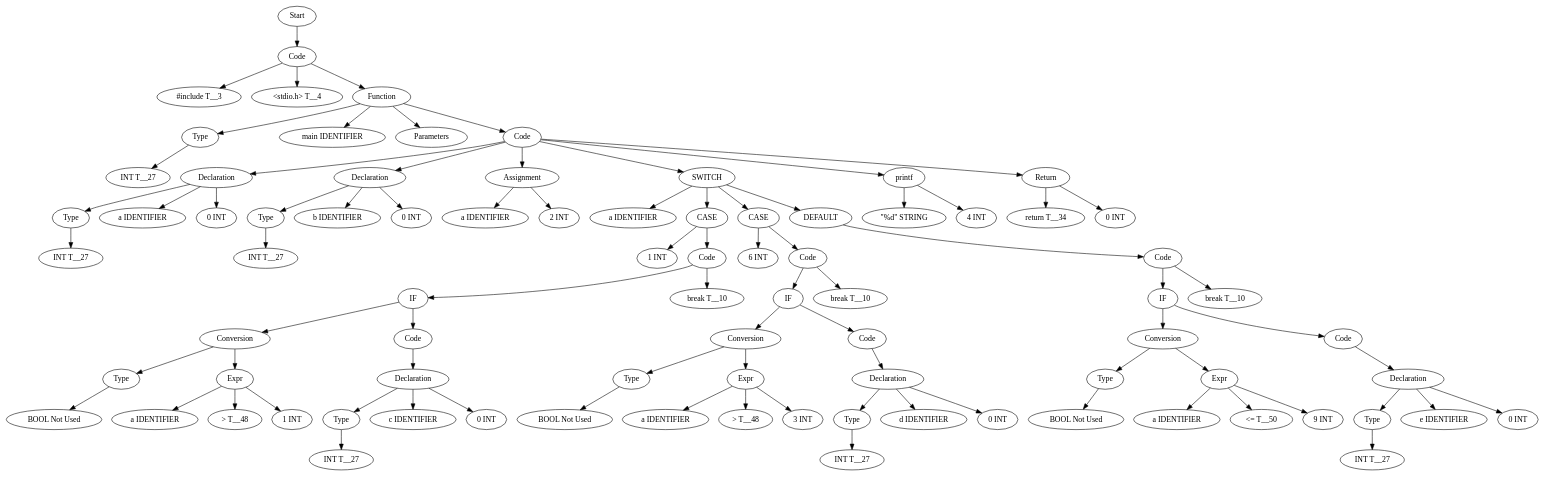
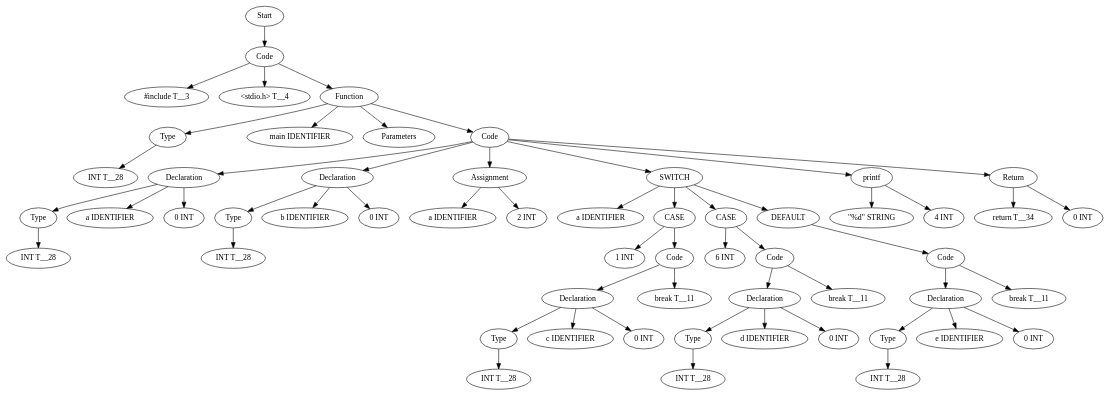
One commit to Are-you-listening/Compilers changed the diagram in TestCases/ASTTests/SwitchTests/createTests/read_file_before.dot. Above: the diagram before and after it, drawn with Graphviz. The commit also changed 340 other files, not shown here.

```diff
--- a/TestCases/ASTTests/SwitchTests/createTests/read_file_before.dot
+++ b/TestCases/ASTTests/SwitchTests/createTests/read_file_before.dot
@@ -1,169 +1,115 @@
 digraph AST {
-  "138215739820928" [label="Start"];
-  "138215739820928" -> "138215739824576";
-  "138215739824576" [label="Code"];
-  "138215739824576" -> "138215739830528";
-  "138215739824576" -> "138215739831632";
-  "138215739824576" -> "138215739830912";
-  "138215739830528" [label="#include T__3"];
-  "138215739831632" [label="<stdio.h> T__4"];
-  "138215739830912" [label="Function"];
-  "138215739830912" -> "138215739823520";
-  "138215739830912" -> "138215739829328";
-  "138215739830912" -> "138215739818816";
-  "138215739830912" -> "138215739834128";
-  "138215739823520" [label="Type"];
-  "138215739823520" -> "138215739831728";
-  "138215739831728" [label="INT T__27"];
-  "138215739829328" [label="main IDENTIFIER"];
-  "138215739818816" [label="Parameters"];
-  "138215739834128" [label="Code"];
-  "138215739834128" -> "138215739833168";
-  "138215739834128" -> "138215739833504";
-  "138215739834128" -> "138215739830144";
-  "138215739834128" -> "138215739826112";
-  "138215739834128" -> "138215739984768";
-  "138215739834128" -> "138215739983952";
-  "138215739833168" [label="Declaration"];
-  "138215739833168" -> "138215739830768";
-  "138215739833168" -> "138215739831776";
-  "138215739833168" -> "138215739832304";
-  "138215739830768" [label="Type"];
-  "138215739830768" -> "138215739830000";
-  "138215739830000" [label="INT T__27"];
-  "138215739831776" [label="a IDENTIFIER"];
-  "138215739832304" [label="0 INT"];
-  "138215739833504" [label="Declaration"];
-  "138215739833504" -> "138215739831584";
-  "138215739833504" -> "138215739833408";
-  "138215739833504" -> "138215739824672";
-  "138215739831584" [label="Type"];
-  "138215739831584" -> "138215739819056";
-  "138215739819056" [label="INT T__27"];
-  "138215739833408" [label="b IDENTIFIER"];
-  "138215739824672" [label="0 INT"];
-  "138215739830144" [label="Assignment"];
-  "138215739830144" -> "138215739832400";
-  "138215739830144" -> "138215739833792";
-  "138215739832400" [label="a IDENTIFIER"];
-  "138215739833792" [label="2 INT"];
-  "138215739826112" [label="SWITCH"];
-  "138215739826112" -> "138215739834032";
-  "138215739826112" -> "138215739830960";
-  "138215739826112" -> "138215739823808";
-  "138215739826112" -> "138215739986928";
-  "138215739834032" [label="a IDENTIFIER"];
-  "138215739830960" [label="CASE"];
-  "138215739830960" -> "138215739824192";
-  "138215739830960" -> "138215739988320";
-  "138215739824192" [label="1 INT"];
-  "138215739988320" [label="Code"];
-  "138215739988320" -> "138215739988368";
-  "138215739988320" -> "138215739986640";
-  "138215739988368" [label="IF"];
-  "138215739988368" -> "138215739984192";
-  "138215739988368" -> "138215739988512";
-  "138215739984192" [label="Conversion"];
-  "138215739984192" -> "138215739992016";
-  "138215739984192" -> "138215739985392";
-  "138215739992016" [label="Type"];
-  "138215739992016" -> "138215739993312";
-  "138215739993312" [label="BOOL Not Used"];
-  "138215739985392" [label="Expr"];
-  "138215739985392" -> "138215739992592";
-  "138215739985392" -> "138215739992352";
-  "138215739985392" -> "138215739986976";
-  "138215739992592" [label="a IDENTIFIER"];
-  "138215739992352" [label="> T__48"];
-  "138215739986976" [label="1 INT"];
-  "138215739988512" [label="Code"];
-  "138215739988512" -> "138215739986832";
-  "138215739986832" [label="Declaration"];
-  "138215739986832" -> "138215739989568";
-  "138215739986832" -> "138215739987120";
-  "138215739986832" -> "138215739990336";
-  "138215739989568" [label="Type"];
-  "138215739989568" -> "138215739991920";
-  "138215739991920" [label="INT T__27"];
-  "138215739987120" [label="c IDENTIFIER"];
-  "138215739990336" [label="0 INT"];
-  "138215739986640" [label="break T__10"];
-  "138215739823808" [label="CASE"];
-  "138215739823808" -> "138215739990384";
-  "138215739823808" -> "138215739989472";
-  "138215739990384" [label="6 INT"];
-  "138215739989472" [label="Code"];
-  "138215739989472" -> "138215739984144";
-  "138215739989472" -> "138215739989520";
-  "138215739984144" [label="IF"];
-  "138215739984144" -> "138215739993120";
-  "138215739984144" -> "138215739990768";
-  "138215739993120" [label="Conversion"];
-  "138215739993120" -> "138215739992880";
-  "138215739993120" -> "138215739989376";
-  "138215739992880" [label="Type"];
-  "138215739992880" -> "138215739992784";
-  "138215739992784" [label="BOOL Not Used"];
-  "138215739989376" [label="Expr"];
-  "138215739989376" -> "138215739988416";
-  "138215739989376" -> "138215739990096";
-  "138215739989376" -> "138215739989040";
-  "138215739988416" [label="a IDENTIFIER"];
-  "138215739990096" [label="> T__48"];
-  "138215739989040" [label="3 INT"];
-  "138215739990768" [label="Code"];
-  "138215739990768" -> "138215739984288";
-  "138215739984288" [label="Declaration"];
-  "138215739984288" -> "138215739989232";
-  "138215739984288" -> "138215739989664";
-  "138215739984288" -> "138215739988608";
-  "138215739989232" [label="Type"];
-  "138215739989232" -> "138215739984336";
-  "138215739984336" [label="INT T__27"];
-  "138215739989664" [label="d IDENTIFIER"];
-  "138215739988608" [label="0 INT"];
-  "138215739989520" [label="break T__10"];
-  "138215739986928" [label="DEFAULT"];
-  "138215739986928" -> "138215739989280";
-  "138215739989280" [label="Code"];
-  "138215739989280" -> "138215739985056";
-  "138215739989280" -> "138215739987408";
-  "138215739985056" [label="IF"];
-  "138215739985056" -> "138215739994560";
-  "138215739985056" -> "138215739987600";
-  "138215739994560" [label="Conversion"];
-  "138215739994560" -> "138215739992112";
-  "138215739994560" -> "138215739986448";
-  "138215739992112" [label="Type"];
-  "138215739992112" -> "138215739982944";
-  "138215739982944" [label="BOOL Not Used"];
-  "138215739986448" [label="Expr"];
-  "138215739986448" -> "138215739987168";
-  "138215739986448" -> "138215739986352";
-  "138215739986448" -> "138215739985488";
-  "138215739987168" [label="a IDENTIFIER"];
-  "138215739986352" [label="<= T__50"];
-  "138215739985488" [label="9 INT"];
-  "138215739987600" [label="Code"];
-  "138215739987600" -> "138215739987936";
-  "138215739987936" [label="Declaration"];
-  "138215739987936" -> "138215739987312";
-  "138215739987936" -> "138215739986064";
-  "138215739987936" -> "138215739987216";
-  "138215739987312" [label="Type"];
-  "138215739987312" -> "138215739986160";
-  "138215739986160" [label="INT T__27"];
-  "138215739986064" [label="e IDENTIFIER"];
-  "138215739987216" [label="0 INT"];
-  "138215739987408" [label="break T__10"];
-  "138215739984768" [label="printf"];
-  "138215739984768" -> "138215739982656";
-  "138215739984768" -> "138215739985872";
-  "138215739982656" [label="\"%d\" STRING"];
-  "138215739985872" [label="4 INT"];
-  "138215739983952" [label="Return"];
-  "138215739983952" -> "138215739986496";
-  "138215739983952" -> "138215739986880";
-  "138215739986496" [label="return T__34"];
-  "138215739986880" [label="0 INT"];
+  "134752875125152" [label="Start"];
+  "134752875125152" -> "134752871948432";
+  "134752871948432" [label="Code"];
+  "134752871948432" -> "134752871941568";
+  "134752871948432" -> "134752871955440";
+  "134752871948432" -> "134752871944880";
+  "134752871941568" [label="#include T__3"];
+  "134752871955440" [label="<stdio.h> T__4"];
+  "134752871944880" [label="Function"];
+  "134752871944880" -> "134752871955968";
+  "134752871944880" -> "134752871956064";
+  "134752871944880" -> "134752871952032";
+  "134752871944880" -> "134752871949488";
+  "134752871955968" [label="Type"];
+  "134752871955968" -> "134752871944352";
+  "134752871944352" [label="INT T__28"];
+  "134752871956064" [label="main IDENTIFIER"];
+  "134752871952032" [label="Parameters"];
+  "134752871949488" [label="Code"];
+  "134752871949488" -> "134752871944928";
+  "134752871949488" -> "134752872108816";
+  "134752871949488" -> "134752872110304";
+  "134752871949488" -> "134752872111648";
+  "134752871949488" -> "134752872111456";
+  "134752871949488" -> "134752872111744";
+  "134752871944928" [label="Declaration"];
+  "134752871944928" -> "134752872111984";
+  "134752871944928" -> "134752872111264";
+  "134752871944928" -> "134752872115776";
+  "134752872111984" [label="Type"];
+  "134752872111984" -> "134752872109488";
+  "134752872109488" [label="INT T__28"];
+  "134752872111264" [label="a IDENTIFIER"];
+  "134752872115776" [label="0 INT"];
+  "134752872108816" [label="Declaration"];
+  "134752872108816" -> "134752872104928";
+  "134752872108816" -> "134752872116112";
+  "134752872108816" -> "134752872110496";
+  "134752872104928" [label="Type"];
+  "134752872104928" -> "134752872115200";
+  "134752872115200" [label="INT T__28"];
+  "134752872116112" [label="b IDENTIFIER"];
+  "134752872110496" [label="0 INT"];
+  "134752872110304" [label="Assignment"];
+  "134752872110304" -> "134752872106272";
+  "134752872110304" -> "134752872117312";
+  "134752872106272" [label="a IDENTIFIER"];
+  "134752872117312" [label="2 INT"];
+  "134752872111648" [label="SWITCH"];
+  "134752872111648" -> "134752872112512";
+  "134752872111648" -> "134752872117840";
+  "134752872111648" -> "134752872112992";
+  "134752872111648" -> "134752872111120";
+  "134752872112512" [label="a IDENTIFIER"];
+  "134752872117840" [label="CASE"];
+  "134752872117840" -> "134752872109392";
+  "134752872117840" -> "134752872113376";
+  "134752872109392" [label="1 INT"];
+  "134752872113376" [label="Code"];
+  "134752872113376" -> "134752872105312";
+  "134752872113376" -> "134752872111792";
+  "134752872105312" [label="Declaration"];
+  "134752872105312" -> "134752872106656";
+  "134752872105312" -> "134752872119616";
+  "134752872105312" -> "134752872109008";
+  "134752872106656" [label="Type"];
+  "134752872106656" -> "134752872106848";
+  "134752872106848" [label="INT T__28"];
+  "134752872119616" [label="c IDENTIFIER"];
+  "134752872109008" [label="0 INT"];
+  "134752872111792" [label="break T__11"];
+  "134752872112992" [label="CASE"];
+  "134752872112992" -> "134752872110592";
+  "134752872112992" -> "134752872110736";
+  "134752872110592" [label="6 INT"];
+  "134752872110736" [label="Code"];
+  "134752872110736" -> "134752872110976";
+  "134752872110736" -> "134752872114192";
+  "134752872110976" [label="Declaration"];
+  "134752872110976" -> "134752872111024";
+  "134752872110976" -> "134752872114720";
+  "134752872110976" -> "134752872113712";
+  "134752872111024" [label="Type"];
+  "134752872111024" -> "134752872113904";
+  "134752872113904" [label="INT T__28"];
+  "134752872114720" [label="d IDENTIFIER"];
+  "134752872113712" [label="0 INT"];
+  "134752872114192" [label="break T__11"];
+  "134752872111120" [label="DEFAULT"];
+  "134752872111120" -> "134752872112704";
+  "134752872112704" [label="Code"];
+  "134752872112704" -> "134752872108480";
+  "134752872112704" -> "134752872111840";
+  "134752872108480" [label="Declaration"];
+  "134752872108480" -> "134752872115248";
+  "134752872108480" -> "134752872107328";
+  "134752872108480" -> "134752872111888";
+  "134752872115248" [label="Type"];
+  "134752872115248" -> "134752872118272";
+  "134752872118272" [label="INT T__28"];
+  "134752872107328" [label="e IDENTIFIER"];
+  "134752872111888" [label="0 INT"];
+  "134752872111840" [label="break T__11"];
+  "134752872111456" [label="printf"];
+  "134752872111456" -> "134752872109776";
+  "134752872111456" -> "134752872109632";
+  "134752872109776" [label="\"%d\" STRING"];
+  "134752872109632" [label="4 INT"];
+  "134752872111744" [label="Return"];
+  "134752872111744" -> "134752872108960";
+  "134752872111744" -> "134752872109200";
+  "134752872108960" [label="return T__34"];
+  "134752872109200" [label="0 INT"];
 }
```
